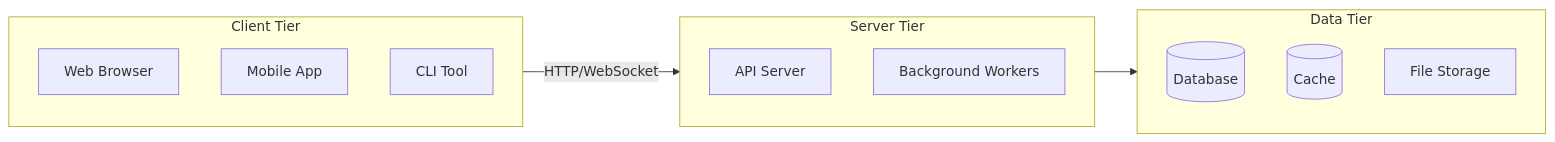
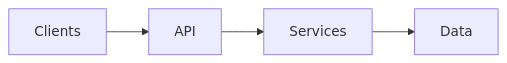
The diagram in slides/week01/01-course-introduction.qmd (RPI-IT/ITWS4500_website), drawn with Mermaid before and after one commit. The commit also changed other lines of this file and 17 other files, not shown here.

````diff
--- a/slides/week01/01-course-introduction.qmd
+++ b/slides/week01/01-course-introduction.qmd
@@ -341,23 +100,4 @@
 ```{mermaid}
-%%| fig-width: 12
 flowchart LR
-    subgraph Clients["Client Tier"]
-        Browser[Web Browser]
-        Mobile[Mobile App]
-        CLI[CLI Tool]
-    end
-
-    subgraph Server["Server Tier"]
-        API[API Server]
-        Worker[Background Workers]
-    end
-
-    subgraph Data["Data Tier"]
-        DB[(Database)]
-        Cache[(Cache)]
-        Storage[File Storage]
-    end
-
-    Clients --> |HTTP/WebSocket| Server
-    Server --> Data
+    Client["Clients"] --> API["API"] --> Services["Services"] --> Data["Data"]
 ```
````
